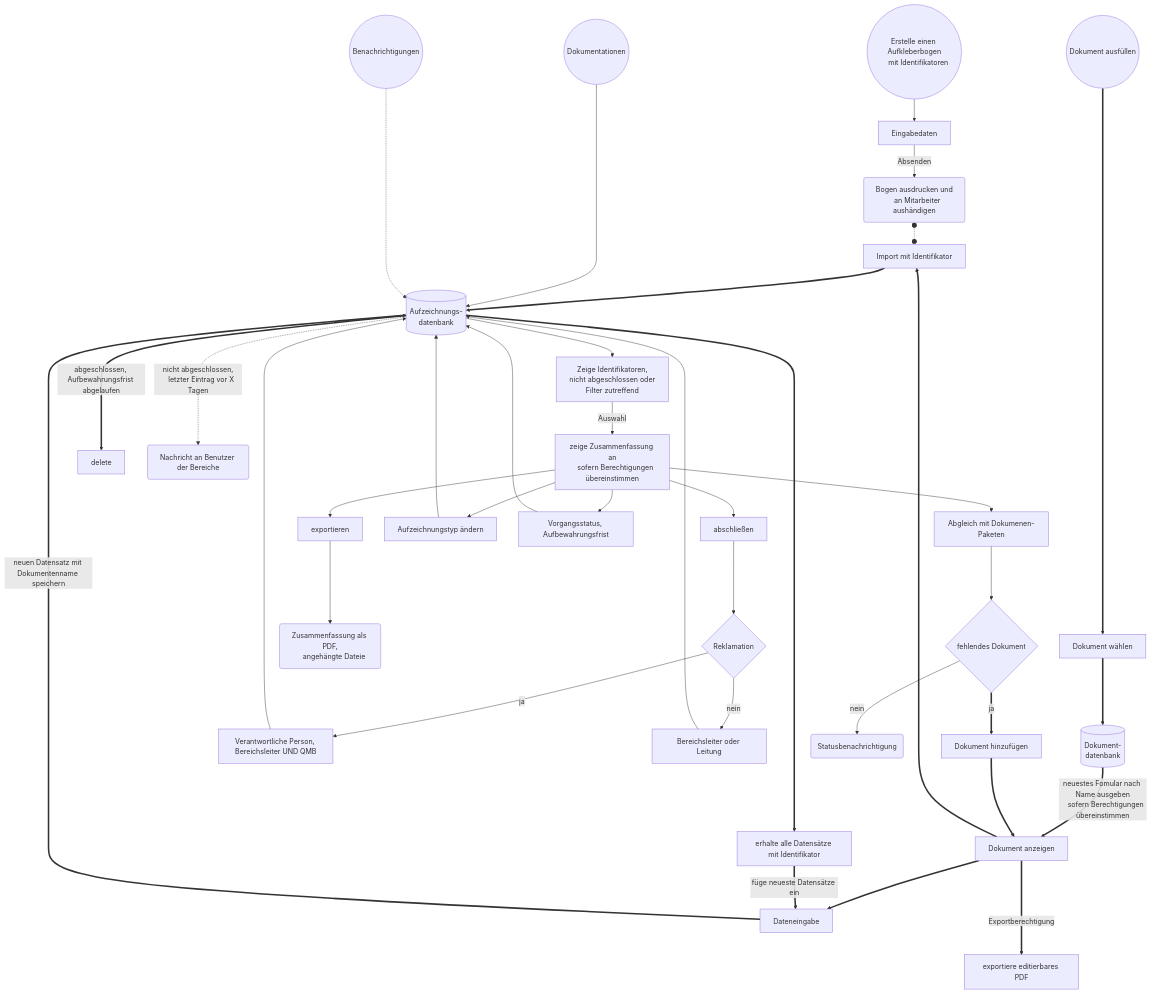
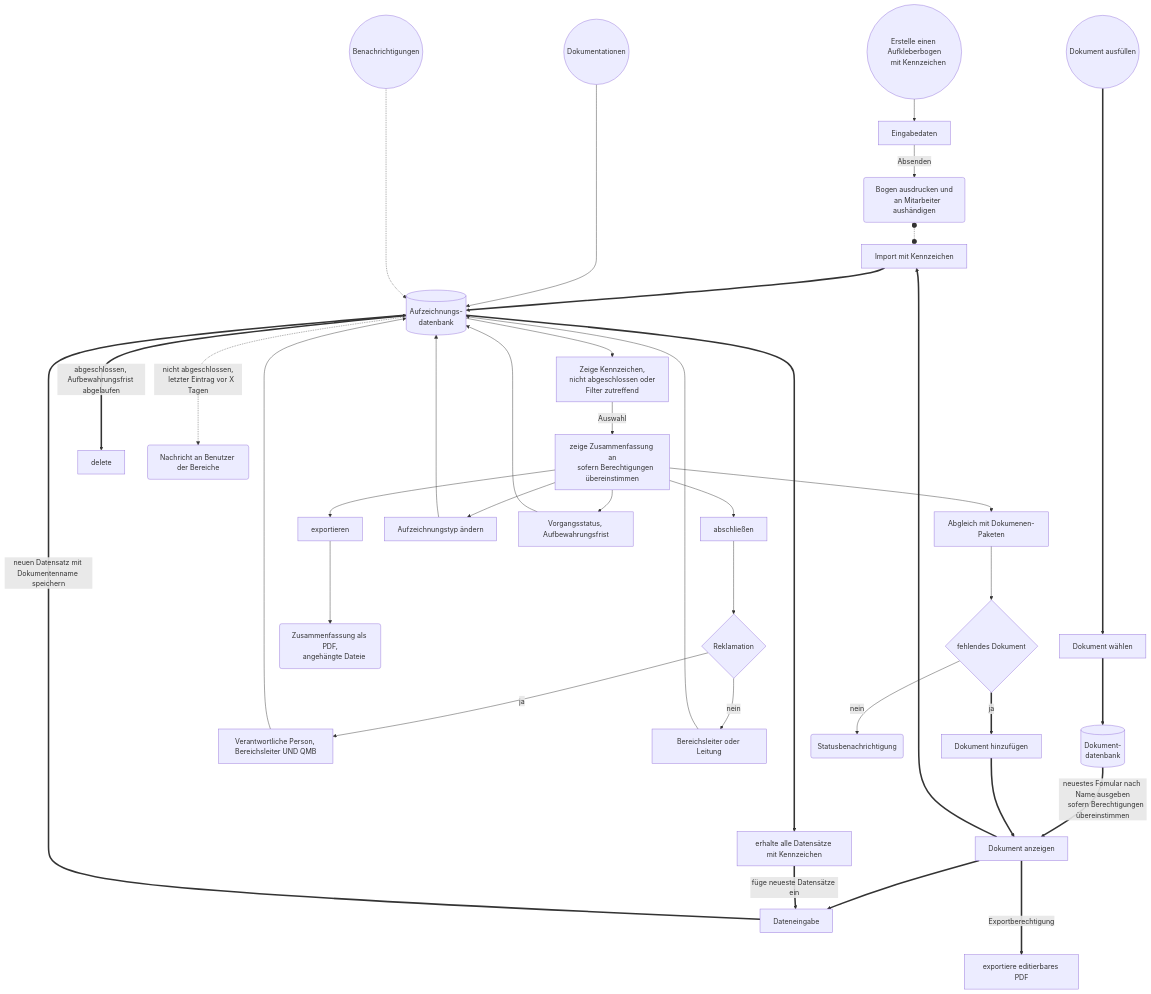
The fourth of 7 diagrams in readme.de.md (erroronline1/caro), drawn with Mermaid before and after one commit. The commit also changed other lines of this file and 1 other file, not shown here.

````diff
--- a/readme.de.md
+++ b/readme.de.md
@@ -503,56 +503,56 @@
 ```mermaid
 graph TD;
     identifiersheet(("Erstelle einen Aufkleberbogen
-    mit Identifikatoren"));
+    mit Kennzeichen"));
     identifiersheet-->input[Eingabedaten];
     input-->|Absenden|print("Bogen ausdrucken und
     an Mitarbeiter aushändigen");
 
     filldocument((Dokument ausfüllen))=========>selectdocument[Dokument wählen];
     selectdocument==>document_db[("Dokument-
     datenbank")];
     document_db==>|"neuestes Fomular nach Name ausgeben
     sofern Berechtigungen übereinstimmen"|displaydocument[Dokument anzeigen];
     displaydocument==>inputdata[Dateneingabe];
     inputdata==>|"neuen Datensatz mit Dokumentenname speichern"|record_db[("Aufzeichnungs-
     datenbank")];
 
-    displaydocument==>idimport[Import mit Identifikator];
+    displaydocument==>idimport[Import mit Kennzeichen];
     idimport==>record_db;
-    record_db==>selectbyid[erhalte alle Datensätze mit Identifikator];
+    record_db==>selectbyid[erhalte alle Datensätze mit Kennzeichen];
     selectbyid==>|füge neueste Datensätze ein|inputdata;
     displaydocument===>|Exportberechtigung|exportdocument[exportiere editierbares PDF]
 
     print o-.-o idimport;
 
     summaries(("Dokumentationen"))----->record_db;
-    record_db-->displayids["Zeige Identifikatoren,
+    record_db-->displayids["Zeige Kennzeichen,
     nicht abgeschlossen oder
     Filter zutreffend"];
     displayids-->|Auswahl|summary["zeige Zusammenfassung an
     sofern Berechtigungen übereinstimmen"];
     summary-->close[abschließen];
     close-->complaint{Reklamation};
     complaint-->|ja|complaintclose[Verantwortliche Person, Bereichsleiter UND QMB];
     complaintclose-->record_db;
     complaint-->|nein|nocomplaintclose[Bereichsleiter oder Leitung];
     nocomplaintclose-->record_db;
     summary-->export[exportieren];
     export-->pdf("Zusammenfassung als PDF,
     angehängte Dateie");
     summary-->matchbundles[Abgleich mit Dokumenen-Paketen];
     matchbundles-->missing{fehlendes Dokument};
     missing==>|ja|appenddata[Dokument hinzufügen];
     appenddata==>displaydocument;
     missing-->|nein|nonemissing(Statusbenachrichtigung);
     summary-->retype[Aufzeichnungstyp ändern];
     retype-->record_db;
     summary-->record_state[Vorgangsstatus, Aufbewahrungsfrist];
     record_state-->record_db;
 
     record_db===>|abgeschlossen, Aufbewahrungsfrist abgelaufen|delete;
 
     notification((Benachrichtigungen))-....->record_db;
     record_db-..->|"nicht abgeschlossen,
     letzter Eintrag vor X Tagen"|message(Nachricht an Benutzer der Bereiche);
 ```
````
